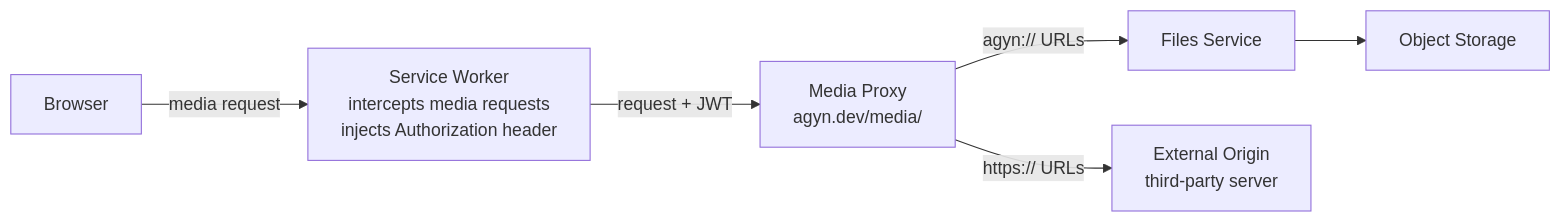
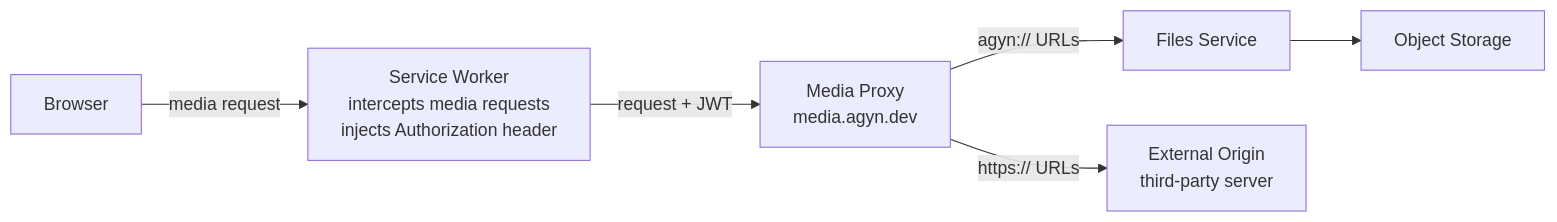
The first of 2 diagrams in architecture/media-proxy.md (agynio/architecture), drawn with Mermaid before and after one commit. The commit also changed other lines of this file and 2 other files, not shown here.

````diff
--- a/architecture/media-proxy.md
+++ b/architecture/media-proxy.md
@@ -14,15 +14,15 @@
 ```mermaid
 graph LR
     Browser[Browser]
     SW[Service Worker<br/>intercepts media requests<br/>injects Authorization header]
-    MP[Media Proxy<br/>agyn.dev/media/]
+    MP[Media Proxy<br/>media.agyn.dev]
     Files[Files Service]
     OS[Object Storage]
     Ext[External Origin<br/>third-party server]
 
     Browser -->|media request| SW
     SW -->|request + JWT| MP
     MP -->|agyn:// URLs| Files
     Files --> OS
     MP -->|https:// URLs| Ext
 ```
````
